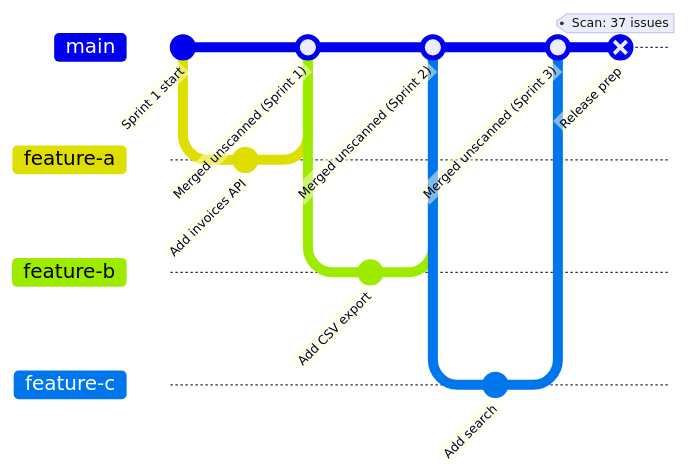
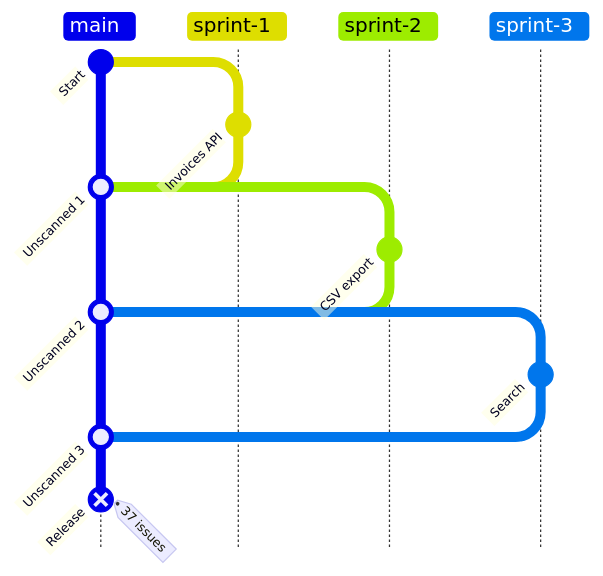
One commit to SSWConsulting/SSW.Rules.Content changed the first of 2 diagrams in public/uploads/rules/ai-security-scans/rule.mdx. Above: the diagram before and after it, drawn with Mermaid. The commit also changed other lines of this file, not shown here.

Commit message:
Lay the git graphs out top to bottom with short labels so they don't overlap

````diff
--- a/public/uploads/rules/ai-security-scans/rule.mdx
+++ b/public/uploads/rules/ai-security-scans/rule.mdx
@@ -58,17 +58,17 @@
 ```mermaid
-gitGraph
-  commit id: "Sprint 1 start"
-  branch feature-a
-  commit id: "Add invoices API"
+gitGraph TB:
+  commit id: "Start"
+  branch sprint-1
+  commit id: "Invoices API"
   checkout main
-  merge feature-a id: "Merged unscanned (Sprint 1)"
-  branch feature-b
-  commit id: "Add CSV export"
+  merge sprint-1 id: "Unscanned 1"
+  branch sprint-2
+  commit id: "CSV export"
   checkout main
-  merge feature-b id: "Merged unscanned (Sprint 2)"
-  branch feature-c
-  commit id: "Add search"
+  merge sprint-2 id: "Unscanned 2"
+  branch sprint-3
+  commit id: "Search"
   checkout main
-  merge feature-c id: "Merged unscanned (Sprint 3)"
-  commit id: "Release prep" tag: "Scan: 37 issues" type: REVERSE
+  merge sprint-3 id: "Unscanned 3"
+  commit id: "Release" tag: "37 issues" type: REVERSE
 ```
````
